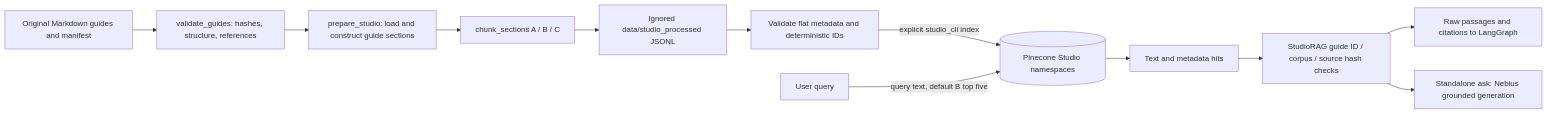
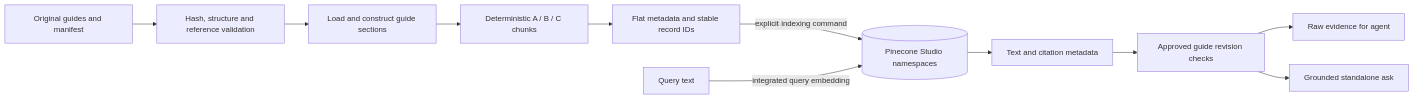
The diagram in docs/architecture/rag_architecture.md (srishti-piplani/creator-studio-copilot), drawn with Mermaid before and after one commit. The commit also changed other lines of this file and 41 other files, not shown here.

````diff
--- a/docs/architecture/rag_architecture.md
+++ b/docs/architecture/rag_architecture.md
@@ -13,14 +9,13 @@
 ```mermaid
 flowchart LR
-    Guides[Original Markdown guides and manifest] --> Validate[validate_guides: hashes, structure, references]
-    Validate --> Build[prepare_studio: load and construct guide sections]
-    Build --> Split[chunk_sections A / B / C]
-    Split --> Outputs[Ignored data/studio_processed JSONL]
-    Outputs --> Records[Validate flat metadata and deterministic IDs]
-    Records -->|explicit studio_cli index| PC[(Pinecone Studio namespaces)]
-    Query[User query] -->|query text, default B top five| PC
-    PC --> Hits[Text and metadata hits]
-    Hits --> Guard[StudioRAG guide ID / corpus / source hash checks]
-    Guard --> Agent[Raw passages and citations to LangGraph]
-    Guard --> Ask[Standalone ask: Nebius grounded generation]
+    Guides[Original guides and manifest] --> Validate[Hash, structure and reference validation]
+    Validate --> Prepare[Load and construct guide sections]
+    Prepare --> Chunk[Deterministic A / B / C chunks]
+    Chunk --> Records[Flat metadata and stable record IDs]
+    Records -->|explicit indexing command| PC[(Pinecone Studio namespaces)]
+    Query[Query text] -->|integrated query embedding| PC
+    PC --> Hits[Text and citation metadata]
+    Hits --> Guard[Approved guide revision checks]
+    Guard --> Agent[Raw evidence for agent]
+    Guard --> Ask[Grounded standalone ask]
 ```
````
